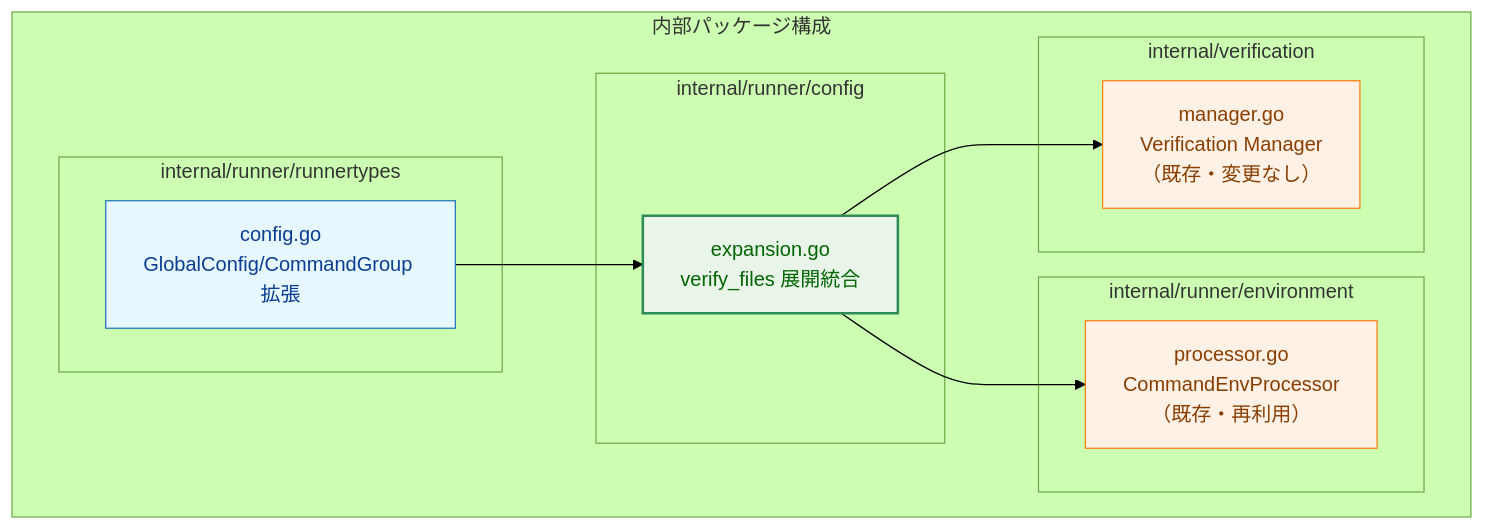
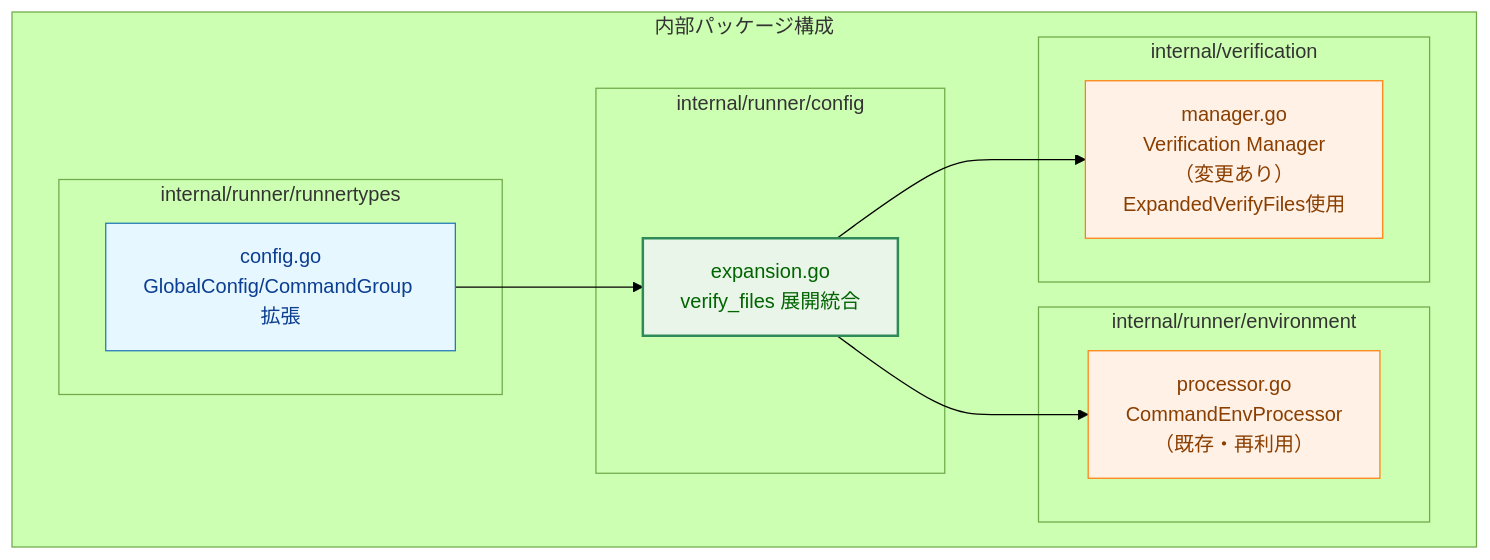
Before and after one commit to isseis/go-safe-cmd-runner: the third of 7 diagrams in docs/tasks/0030_verify_files_variable_expansion/02_architecture.md, drawn with Mermaid (forest theme). The commit also changed other lines of this file and 1 other file, not shown here.

First line of the commit message:
Improve verify_files variable expansion: add detailed error type and docs

````diff
--- a/docs/tasks/0030_verify_files_variable_expansion/02_architecture.md
+++ b/docs/tasks/0030_verify_files_variable_expansion/02_architecture.md
@@ -57,33 +57,33 @@
 ```mermaid
 graph TB
     classDef data fill:#e6f7ff,stroke:#1f77b4,stroke-width:1px,color:#0b3d91;
     classDef process fill:#fff1e6,stroke:#ff7f0e,stroke-width:1px,color:#8a3e00;
     classDef enhanced fill:#e8f5e8,stroke:#2e8b57,stroke-width:2px,color:#006400;
 
     subgraph "内部パッケージ構成"
 
         subgraph "internal/runner/runnertypes"
             A["config.go<br>GlobalConfig/CommandGroup 拡張"]
         end
 
         subgraph "internal/runner/config"
             B["expansion.go<br>verify_files 展開統合"]
         end
 
         subgraph "internal/runner/environment"
             C["processor.go<br>CommandEnvProcessor<br>（既存・再利用）"]
         end
 
         subgraph "internal/verification"
-            D["manager.go<br>Verification Manager<br>（既存・変更なし）"]
+            D["manager.go<br>Verification Manager<br>（変更あり）<br>ExpandedVerifyFiles使用"]
         end
     end
 
     A --> B
     B --> C
     B --> D
 
     class A data;
     class B enhanced;
     class C,D process;
 ```
````
